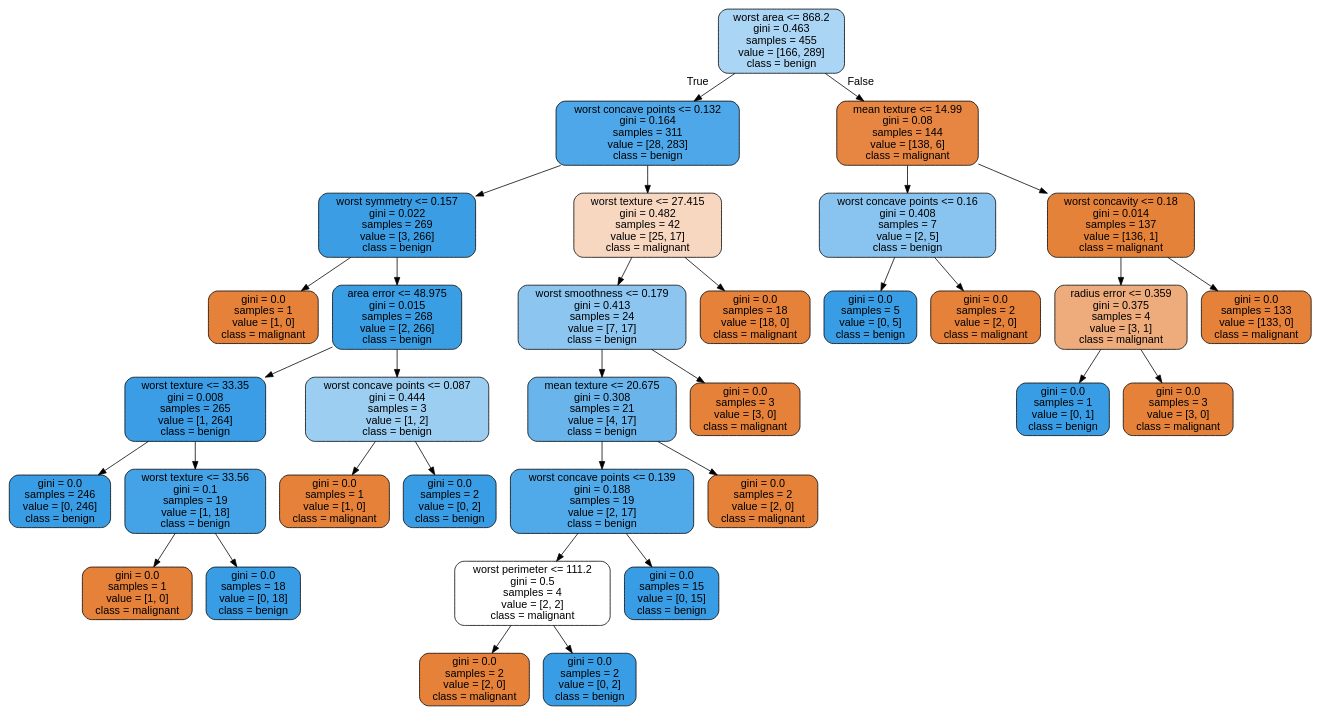
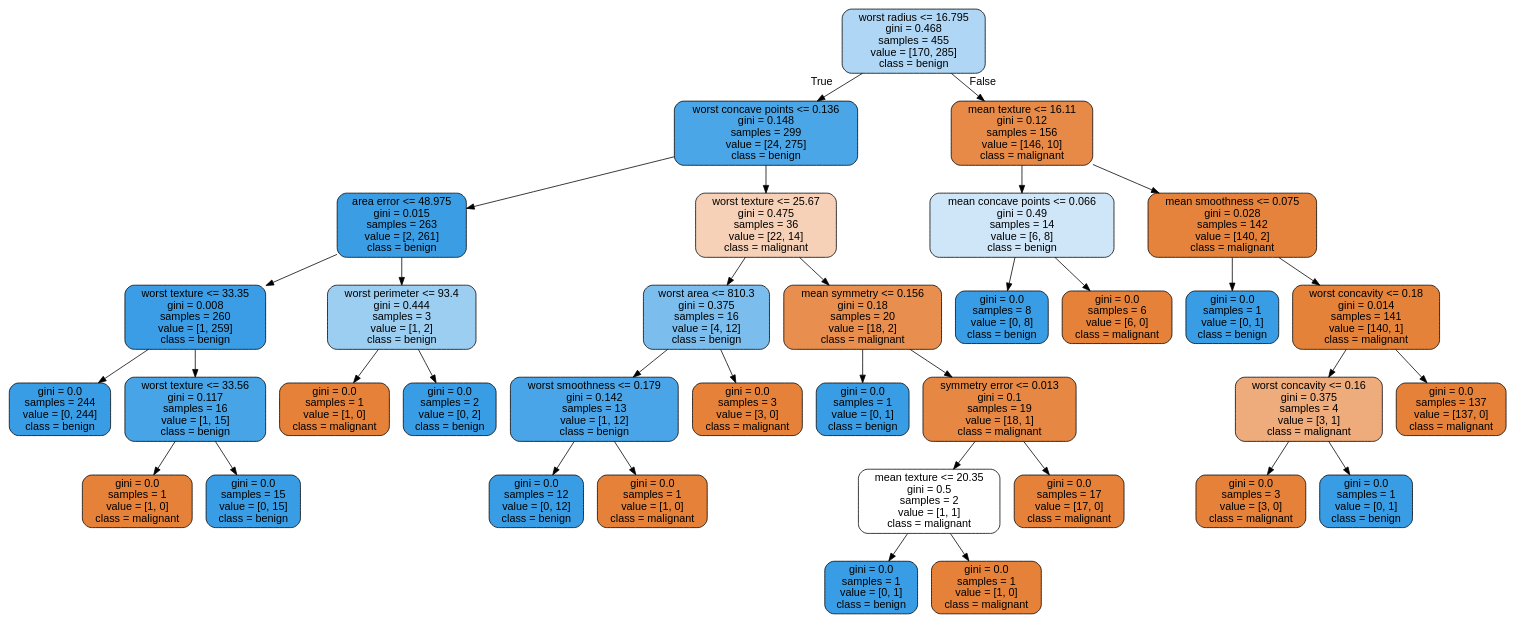
The diagram in images/decision_trees/cancer_tree_train.dot (JoseDeJesusMendozaBecerril/Practica4_MineriaDeDatos), drawn with Graphviz before and after one commit. The commit also changed 17 other files, not shown here.

```diff
--- a/images/decision_trees/cancer_tree_train.dot
+++ b/images/decision_trees/cancer_tree_train.dot
@@ -1,69 +1,73 @@
 digraph Tree {
 node [shape=box, style="filled, rounded", color="black", fontname=helvetica] ;
 edge [fontname=helvetica] ;
-0 [label="worst area <= 868.2\ngini = 0.463\nsamples = 455\nvalue = [166, 289]\nclass = benign", fillcolor="#abd5f4"] ;
-1 [label="worst concave points <= 0.132\ngini = 0.164\nsamples = 311\nvalue = [28, 283]\nclass = benign", fillcolor="#4da7e8"] ;
+0 [label="worst radius <= 16.795\ngini = 0.468\nsamples = 455\nvalue = [170, 285]\nclass = benign", fillcolor="#afd7f5"] ;
+1 [label="worst concave points <= 0.136\ngini = 0.148\nsamples = 299\nvalue = [24, 275]\nclass = benign", fillcolor="#4aa6e7"] ;
 0 -> 1 [labeldistance=2.5, labelangle=45, headlabel="True"] ;
-2 [label="worst symmetry <= 0.157\ngini = 0.022\nsamples = 269\nvalue = [3, 266]\nclass = benign", fillcolor="#3b9ee5"] ;
+2 [label="area error <= 48.975\ngini = 0.015\nsamples = 263\nvalue = [2, 261]\nclass = benign", fillcolor="#3b9ee5"] ;
 1 -> 2 ;
-3 [label="gini = 0.0\nsamples = 1\nvalue = [1, 0]\nclass = malignant", fillcolor="#e58139"] ;
+3 [label="worst texture <= 33.35\ngini = 0.008\nsamples = 260\nvalue = [1, 259]\nclass = benign", fillcolor="#3a9de5"] ;
 2 -> 3 ;
-4 [label="area error <= 48.975\ngini = 0.015\nsamples = 268\nvalue = [2, 266]\nclass = benign", fillcolor="#3a9ee5"] ;
-2 -> 4 ;
-5 [label="worst texture <= 33.35\ngini = 0.008\nsamples = 265\nvalue = [1, 264]\nclass = benign", fillcolor="#3a9de5"] ;
-4 -> 5 ;
-6 [label="gini = 0.0\nsamples = 246\nvalue = [0, 246]\nclass = benign", fillcolor="#399de5"] ;
+4 [label="gini = 0.0\nsamples = 244\nvalue = [0, 244]\nclass = benign", fillcolor="#399de5"] ;
+3 -> 4 ;
+5 [label="worst texture <= 33.56\ngini = 0.117\nsamples = 16\nvalue = [1, 15]\nclass = benign", fillcolor="#46a4e7"] ;
+3 -> 5 ;
+6 [label="gini = 0.0\nsamples = 1\nvalue = [1, 0]\nclass = malignant", fillcolor="#e58139"] ;
 5 -> 6 ;
-7 [label="worst texture <= 33.56\ngini = 0.1\nsamples = 19\nvalue = [1, 18]\nclass = benign", fillcolor="#44a2e6"] ;
+7 [label="gini = 0.0\nsamples = 15\nvalue = [0, 15]\nclass = benign", fillcolor="#399de5"] ;
 5 -> 7 ;
-8 [label="gini = 0.0\nsamples = 1\nvalue = [1, 0]\nclass = malignant", fillcolor="#e58139"] ;
-7 -> 8 ;
-9 [label="gini = 0.0\nsamples = 18\nvalue = [0, 18]\nclass = benign", fillcolor="#399de5"] ;
-7 -> 9 ;
-10 [label="worst concave points <= 0.087\ngini = 0.444\nsamples = 3\nvalue = [1, 2]\nclass = benign", fillcolor="#9ccef2"] ;
-4 -> 10 ;
-11 [label="gini = 0.0\nsamples = 1\nvalue = [1, 0]\nclass = malignant", fillcolor="#e58139"] ;
-10 -> 11 ;
-12 [label="gini = 0.0\nsamples = 2\nvalue = [0, 2]\nclass = benign", fillcolor="#399de5"] ;
-10 -> 12 ;
-13 [label="worst texture <= 27.415\ngini = 0.482\nsamples = 42\nvalue = [25, 17]\nclass = malignant", fillcolor="#f7d7c0"] ;
-1 -> 13 ;
-14 [label="worst smoothness <= 0.179\ngini = 0.413\nsamples = 24\nvalue = [7, 17]\nclass = benign", fillcolor="#8bc5f0"] ;
+8 [label="worst perimeter <= 93.4\ngini = 0.444\nsamples = 3\nvalue = [1, 2]\nclass = benign", fillcolor="#9ccef2"] ;
+2 -> 8 ;
+9 [label="gini = 0.0\nsamples = 1\nvalue = [1, 0]\nclass = malignant", fillcolor="#e58139"] ;
+8 -> 9 ;
+10 [label="gini = 0.0\nsamples = 2\nvalue = [0, 2]\nclass = benign", fillcolor="#399de5"] ;
+8 -> 10 ;
+11 [label="worst texture <= 25.67\ngini = 0.475\nsamples = 36\nvalue = [22, 14]\nclass = malignant", fillcolor="#f6d1b7"] ;
+1 -> 11 ;
+12 [label="worst area <= 810.3\ngini = 0.375\nsamples = 16\nvalue = [4, 12]\nclass = benign", fillcolor="#7bbeee"] ;
+11 -> 12 ;
+13 [label="worst smoothness <= 0.179\ngini = 0.142\nsamples = 13\nvalue = [1, 12]\nclass = benign", fillcolor="#49a5e7"] ;
+12 -> 13 ;
+14 [label="gini = 0.0\nsamples = 12\nvalue = [0, 12]\nclass = benign", fillcolor="#399de5"] ;
 13 -> 14 ;
-15 [label="mean texture <= 20.675\ngini = 0.308\nsamples = 21\nvalue = [4, 17]\nclass = benign", fillcolor="#68b4eb"] ;
-14 -> 15 ;
-16 [label="worst concave points <= 0.139\ngini = 0.188\nsamples = 19\nvalue = [2, 17]\nclass = benign", fillcolor="#50a9e8"] ;
-15 -> 16 ;
-17 [label="worst perimeter <= 111.2\ngini = 0.5\nsamples = 4\nvalue = [2, 2]\nclass = malignant", fillcolor="#ffffff"] ;
-16 -> 17 ;
-18 [label="gini = 0.0\nsamples = 2\nvalue = [2, 0]\nclass = malignant", fillcolor="#e58139"] ;
+15 [label="gini = 0.0\nsamples = 1\nvalue = [1, 0]\nclass = malignant", fillcolor="#e58139"] ;
+13 -> 15 ;
+16 [label="gini = 0.0\nsamples = 3\nvalue = [3, 0]\nclass = malignant", fillcolor="#e58139"] ;
+12 -> 16 ;
+17 [label="mean symmetry <= 0.156\ngini = 0.18\nsamples = 20\nvalue = [18, 2]\nclass = malignant", fillcolor="#e88f4f"] ;
+11 -> 17 ;
+18 [label="gini = 0.0\nsamples = 1\nvalue = [0, 1]\nclass = benign", fillcolor="#399de5"] ;
 17 -> 18 ;
-19 [label="gini = 0.0\nsamples = 2\nvalue = [0, 2]\nclass = benign", fillcolor="#399de5"] ;
+19 [label="symmetry error <= 0.013\ngini = 0.1\nsamples = 19\nvalue = [18, 1]\nclass = malignant", fillcolor="#e68844"] ;
 17 -> 19 ;
-20 [label="gini = 0.0\nsamples = 15\nvalue = [0, 15]\nclass = benign", fillcolor="#399de5"] ;
-16 -> 20 ;
-21 [label="gini = 0.0\nsamples = 2\nvalue = [2, 0]\nclass = malignant", fillcolor="#e58139"] ;
-15 -> 21 ;
-22 [label="gini = 0.0\nsamples = 3\nvalue = [3, 0]\nclass = malignant", fillcolor="#e58139"] ;
-14 -> 22 ;
-23 [label="gini = 0.0\nsamples = 18\nvalue = [18, 0]\nclass = malignant", fillcolor="#e58139"] ;
-13 -> 23 ;
-24 [label="mean texture <= 14.99\ngini = 0.08\nsamples = 144\nvalue = [138, 6]\nclass = malignant", fillcolor="#e68642"] ;
+20 [label="mean texture <= 20.35\ngini = 0.5\nsamples = 2\nvalue = [1, 1]\nclass = malignant", fillcolor="#ffffff"] ;
+19 -> 20 ;
+21 [label="gini = 0.0\nsamples = 1\nvalue = [0, 1]\nclass = benign", fillcolor="#399de5"] ;
+20 -> 21 ;
+22 [label="gini = 0.0\nsamples = 1\nvalue = [1, 0]\nclass = malignant", fillcolor="#e58139"] ;
+20 -> 22 ;
+23 [label="gini = 0.0\nsamples = 17\nvalue = [17, 0]\nclass = malignant", fillcolor="#e58139"] ;
+19 -> 23 ;
+24 [label="mean texture <= 16.11\ngini = 0.12\nsamples = 156\nvalue = [146, 10]\nclass = malignant", fillcolor="#e78a47"] ;
 0 -> 24 [labeldistance=2.5, labelangle=-45, headlabel="False"] ;
-25 [label="worst concave points <= 0.16\ngini = 0.408\nsamples = 7\nvalue = [2, 5]\nclass = benign", fillcolor="#88c4ef"] ;
+25 [label="mean concave points <= 0.066\ngini = 0.49\nsamples = 14\nvalue = [6, 8]\nclass = benign", fillcolor="#cee6f8"] ;
 24 -> 25 ;
-26 [label="gini = 0.0\nsamples = 5\nvalue = [0, 5]\nclass = benign", fillcolor="#399de5"] ;
+26 [label="gini = 0.0\nsamples = 8\nvalue = [0, 8]\nclass = benign", fillcolor="#399de5"] ;
 25 -> 26 ;
-27 [label="gini = 0.0\nsamples = 2\nvalue = [2, 0]\nclass = malignant", fillcolor="#e58139"] ;
+27 [label="gini = 0.0\nsamples = 6\nvalue = [6, 0]\nclass = malignant", fillcolor="#e58139"] ;
 25 -> 27 ;
-28 [label="worst concavity <= 0.18\ngini = 0.014\nsamples = 137\nvalue = [136, 1]\nclass = malignant", fillcolor="#e5823a"] ;
+28 [label="mean smoothness <= 0.075\ngini = 0.028\nsamples = 142\nvalue = [140, 2]\nclass = malignant", fillcolor="#e5833c"] ;
 24 -> 28 ;
-29 [label="radius error <= 0.359\ngini = 0.375\nsamples = 4\nvalue = [3, 1]\nclass = malignant", fillcolor="#eeab7b"] ;
+29 [label="gini = 0.0\nsamples = 1\nvalue = [0, 1]\nclass = benign", fillcolor="#399de5"] ;
 28 -> 29 ;
-30 [label="gini = 0.0\nsamples = 1\nvalue = [0, 1]\nclass = benign", fillcolor="#399de5"] ;
-29 -> 30 ;
-31 [label="gini = 0.0\nsamples = 3\nvalue = [3, 0]\nclass = malignant", fillcolor="#e58139"] ;
-29 -> 31 ;
-32 [label="gini = 0.0\nsamples = 133\nvalue = [133, 0]\nclass = malignant", fillcolor="#e58139"] ;
-28 -> 32 ;
+30 [label="worst concavity <= 0.18\ngini = 0.014\nsamples = 141\nvalue = [140, 1]\nclass = malignant", fillcolor="#e5823a"] ;
+28 -> 30 ;
+31 [label="worst concavity <= 0.16\ngini = 0.375\nsamples = 4\nvalue = [3, 1]\nclass = malignant", fillcolor="#eeab7b"] ;
+30 -> 31 ;
+32 [label="gini = 0.0\nsamples = 3\nvalue = [3, 0]\nclass = malignant", fillcolor="#e58139"] ;
+31 -> 32 ;
+33 [label="gini = 0.0\nsamples = 1\nvalue = [0, 1]\nclass = benign", fillcolor="#399de5"] ;
+31 -> 33 ;
+34 [label="gini = 0.0\nsamples = 137\nvalue = [137, 0]\nclass = malignant", fillcolor="#e58139"] ;
+30 -> 34 ;
 }
```
